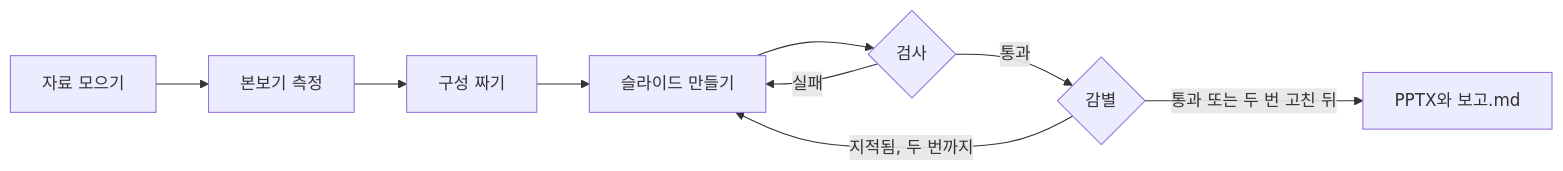
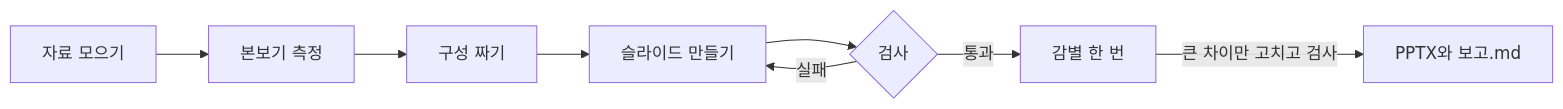
Before and after one commit to kyusieun/company-deck: the diagram in README.md, drawn with Mermaid. The commit also changed other lines of this file and 1 other file, not shown here.

Commit message:
감별은 한 번만 받고 큰 차이만 고침, 사람 5명 약식 판정 결과를 README에 추가
AI 감별사는 되풀이할수록 판정이 들쭉날쭉하고 비용만 늘었다.

````diff
--- a/README.md
+++ b/README.md
@@ -83,11 +83,10 @@
 ```mermaid
 flowchart LR
     A[자료 모으기] --> B[본보기 측정]
     B --> C[구성 짜기]
     C --> D[슬라이드 만들기]
     D --> E{검사}
     E -- 실패 --> D
-    E -- 통과 --> F{감별}
-    F -- 지적됨, 두 번까지 --> D
-    F -- 통과 또는 두 번 고친 뒤 --> G[PPTX와 보고.md]
+    E -- 통과 --> F[감별 한 번]
+    F -- 큰 차이만 고치고 검사 --> G[PPTX와 보고.md]
 ```
````
